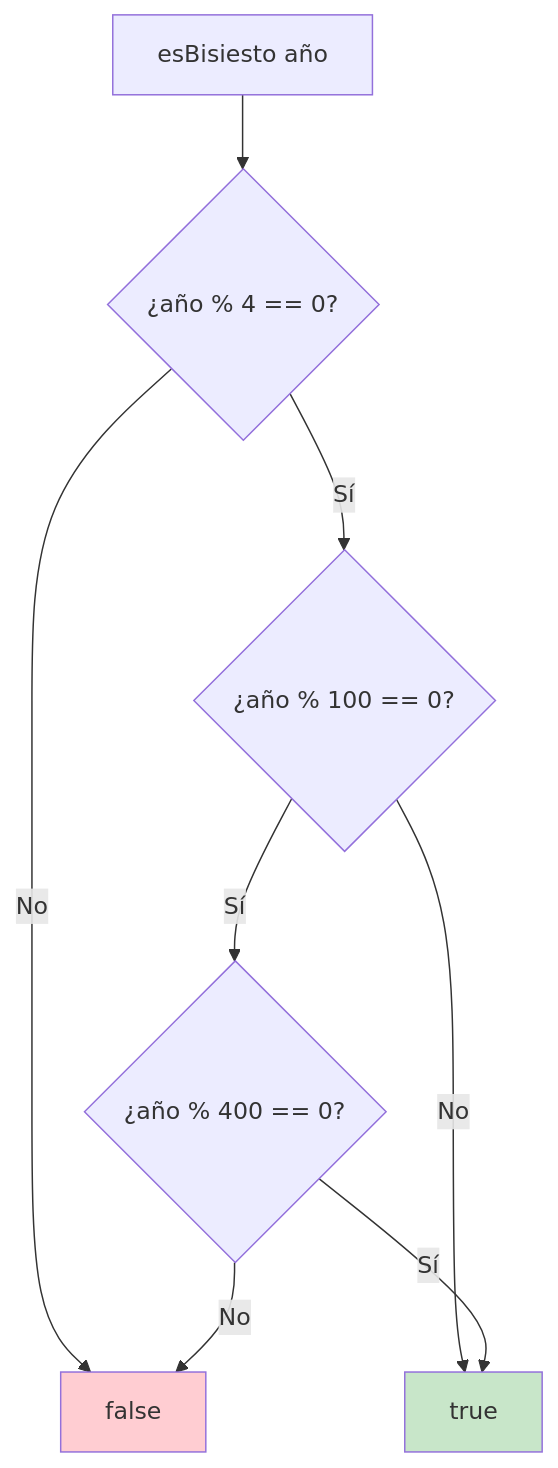
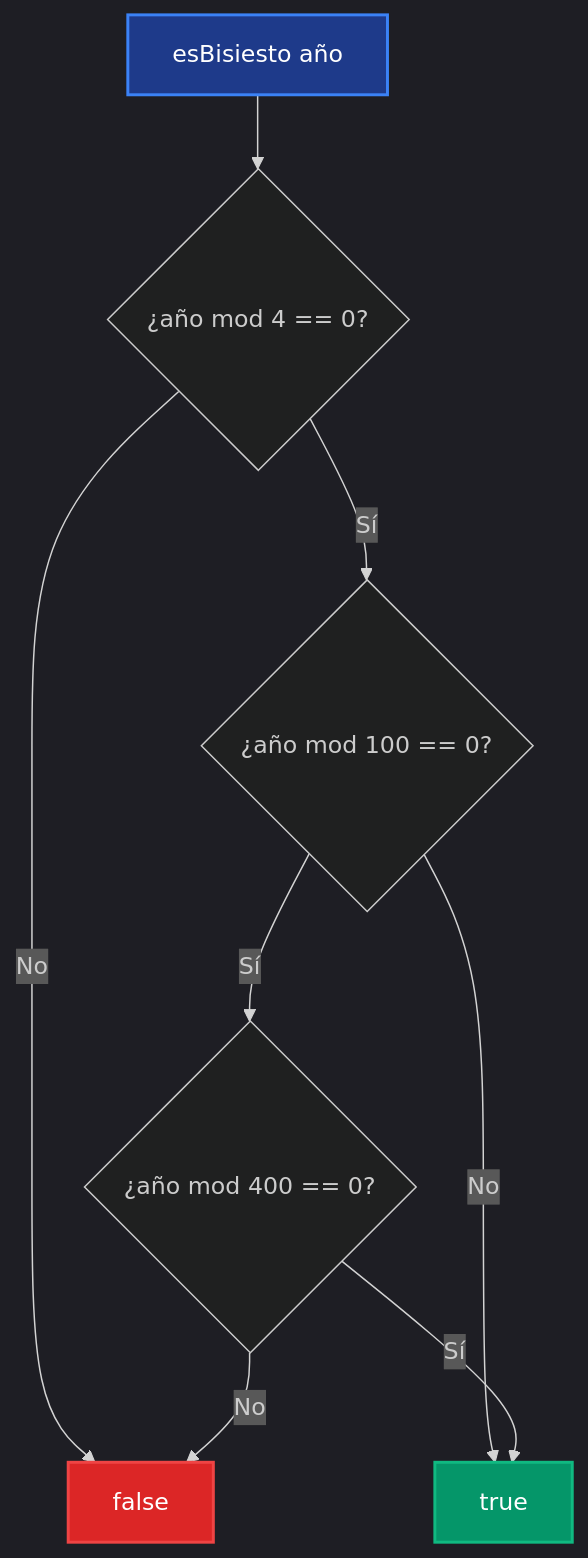
Diagram 15 of 19 in tp-final/README_IMPLEMENTACIONES.md (pybalt/algo2), drawn with Mermaid before and after one commit. The commit also changed other lines of this file, not shown here.

Commit message:
Refine README_IMPLEMENTACIONES.md by enhancing dark mode support for mermaid diagrams and improving style consistency across various sections, ensuring better visual clarity.

````diff
--- a/tp-final/README_IMPLEMENTACIONES.md
+++ b/tp-final/README_IMPLEMENTACIONES.md
@@ -304,13 +354,15 @@
 ```mermaid
+%%{init: {'theme':'dark'}}%%
 flowchart TD
-    A[esBisiesto año] --> B{¿año % 4 == 0?}
+    A[esBisiesto año] --> B{¿año mod 4 == 0?}
     B -->|No| C[false]
-    B -->|Sí| D{¿año % 100 == 0?}
+    B -->|Sí| D{¿año mod 100 == 0?}
     D -->|No| E[true]
-    D -->|Sí| F{¿año % 400 == 0?}
+    D -->|Sí| F{¿año mod 400 == 0?}
     F -->|Sí| E
     F -->|No| C
     
-    style E fill:#c8e6c9
-    style C fill:#ffcdd2
+    style A fill:#1e3a8a,stroke:#3b82f6,stroke-width:2px,color:#fff
+    style E fill:#059669,stroke:#10b981,stroke-width:2px,color:#fff
+    style C fill:#dc2626,stroke:#ef4444,stroke-width:2px,color:#fff
 ```
````
